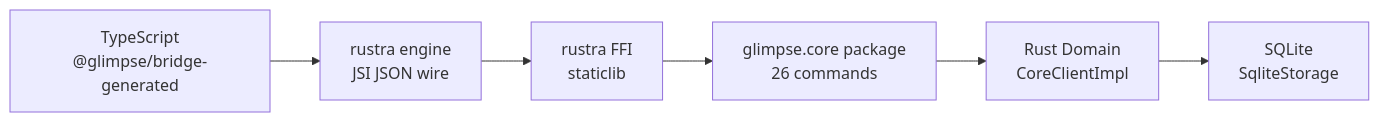
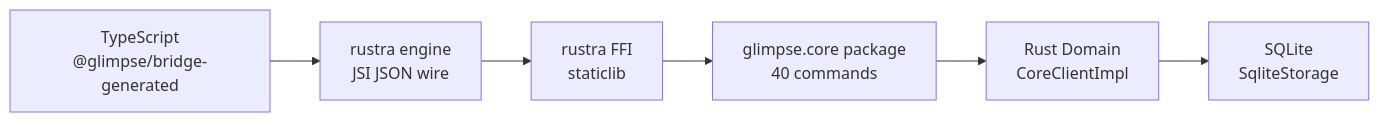
Before and after one commit to ll3-dev/Glimpse: the fifth of 5 diagrams in README.md, drawn with Mermaid. The commit also changed other lines of this file and 3 other files, not shown here.

````diff
--- a/README.md
+++ b/README.md
@@ -200,11 +200,11 @@
 ```mermaid
 graph LR
   TS["TypeScript<br/>@glimpse/bridge-generated"]
   ENGINE["rustra engine<br/>JSI JSON wire"]
   FFI["rustra FFI<br/>staticlib"]
-  PKG["glimpse.core package<br/>26 commands"]
+  PKG["glimpse.core package<br/>40 commands"]
   DOMAIN["Rust Domain<br/>CoreClientImpl"]
   DB["SQLite<br/>SqliteStorage"]
 
   TS --> ENGINE --> FFI --> PKG --> DOMAIN --> DB
 ```
````
